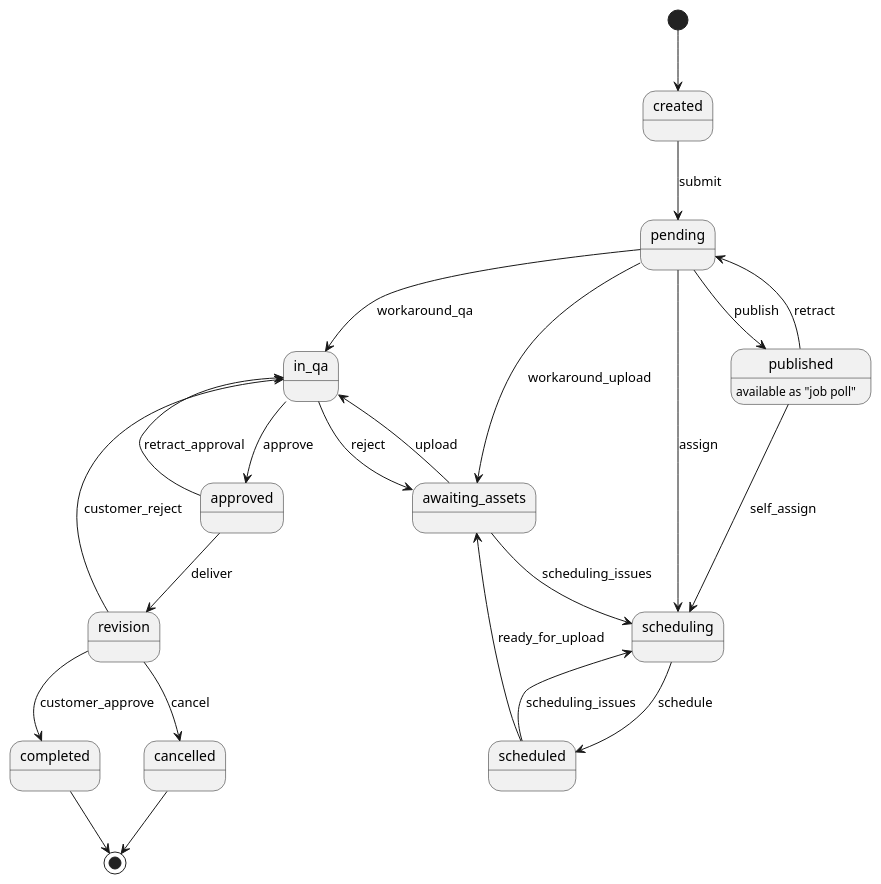
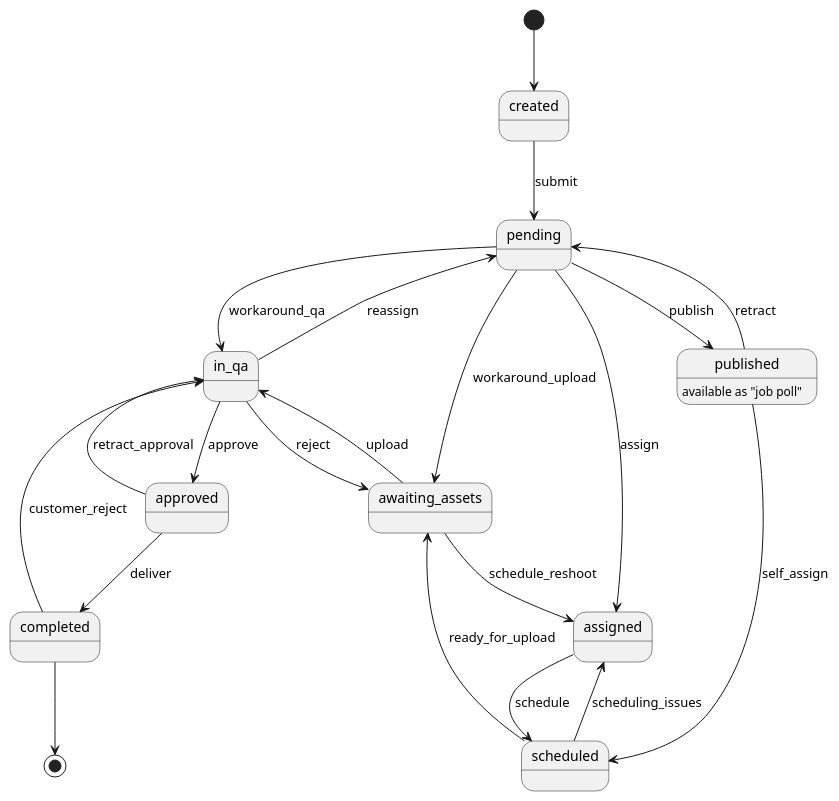
Before and after one commit to BriefyHQ/briefy.leica: the second of 2 diagrams in docs/workflow.rst, drawn with PlantUML. The commit also changed other lines of this file, not shown here.

Commit message:
Update documentation workflow for Job and Asset.

```diff
--- a/docs/workflow.rst
+++ b/docs/workflow.rst
@@ -39,29 +40,27 @@
 .. uml::
 
     @startuml
 
     [*] --> created
     created --> pending : submit
     pending --> in_qa : workaround_qa
     pending --> awaiting_assets : workaround_upload
-    pending --> scheduling: assign
+    pending --> assigned: assign
     pending --> published: publish
     published --> pending: retract
-    published --> scheduling: self_assign
+    published --> scheduled: self_assign
     published : available as "job poll"
-    scheduling --> scheduled: schedule
-    scheduled --> scheduling: scheduling_issues
-    awaiting_assets --> scheduling: scheduling_issues
+    assigned --> scheduled: schedule
+    scheduled --> assigned: scheduling_issues
+    awaiting_assets --> assigned: schedule_reshoot
     scheduled --> awaiting_assets: ready_for_upload
     awaiting_assets --> in_qa: upload
     in_qa --> awaiting_assets: reject
     in_qa --> approved: approve
+    in_qa --> pending: reassign
     approved --> in_qa: retract_approval
-    approved --> revision: deliver
-    revision --> in_qa: customer_reject
-    revision --> completed: customer_approve
-    revision --> cancelled: cancel
+    approved --> completed: deliver
+    completed --> in_qa: customer_reject
     completed --> [*]
-    cancelled --> [*]
 
     @enduml
```
